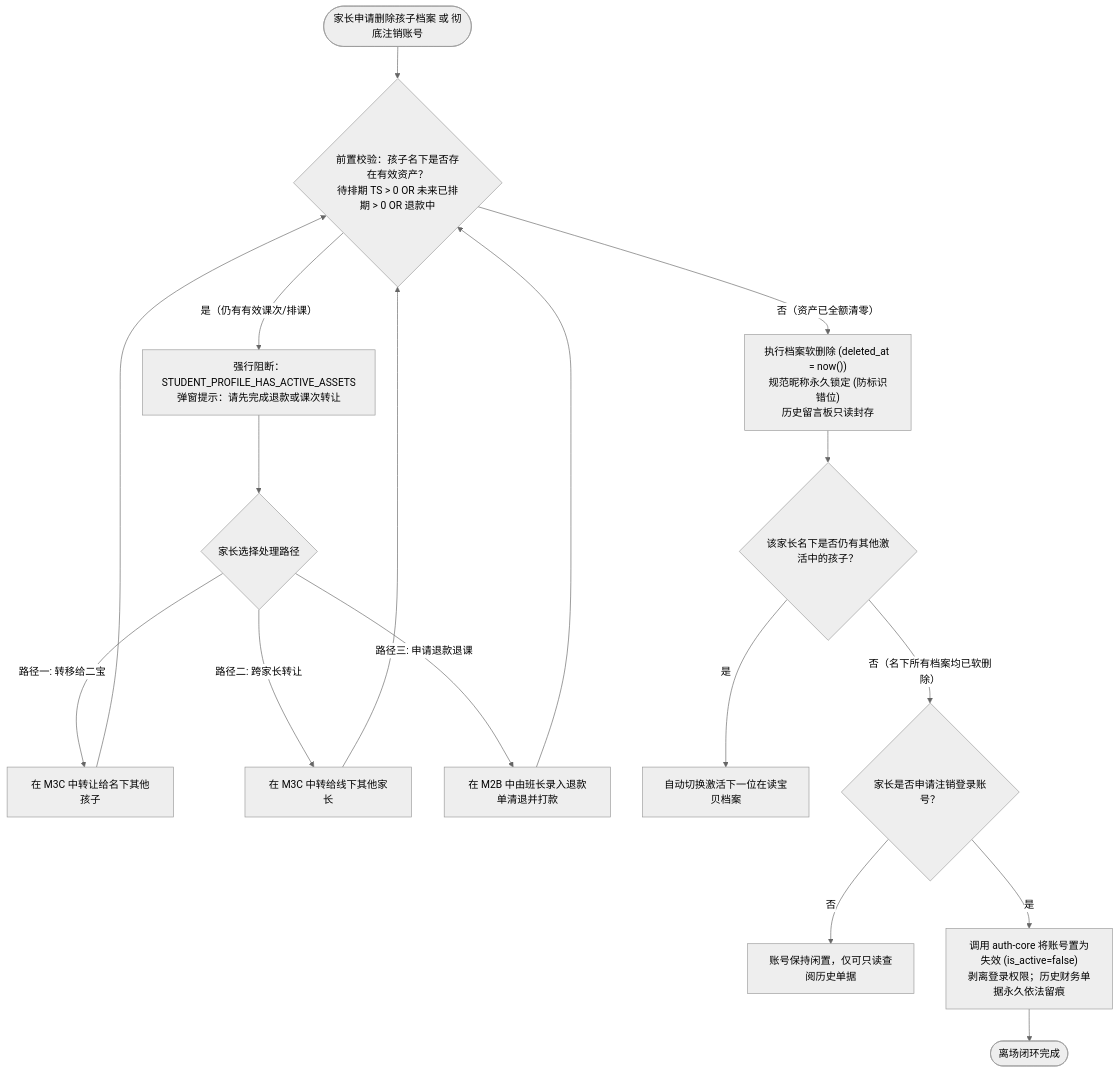
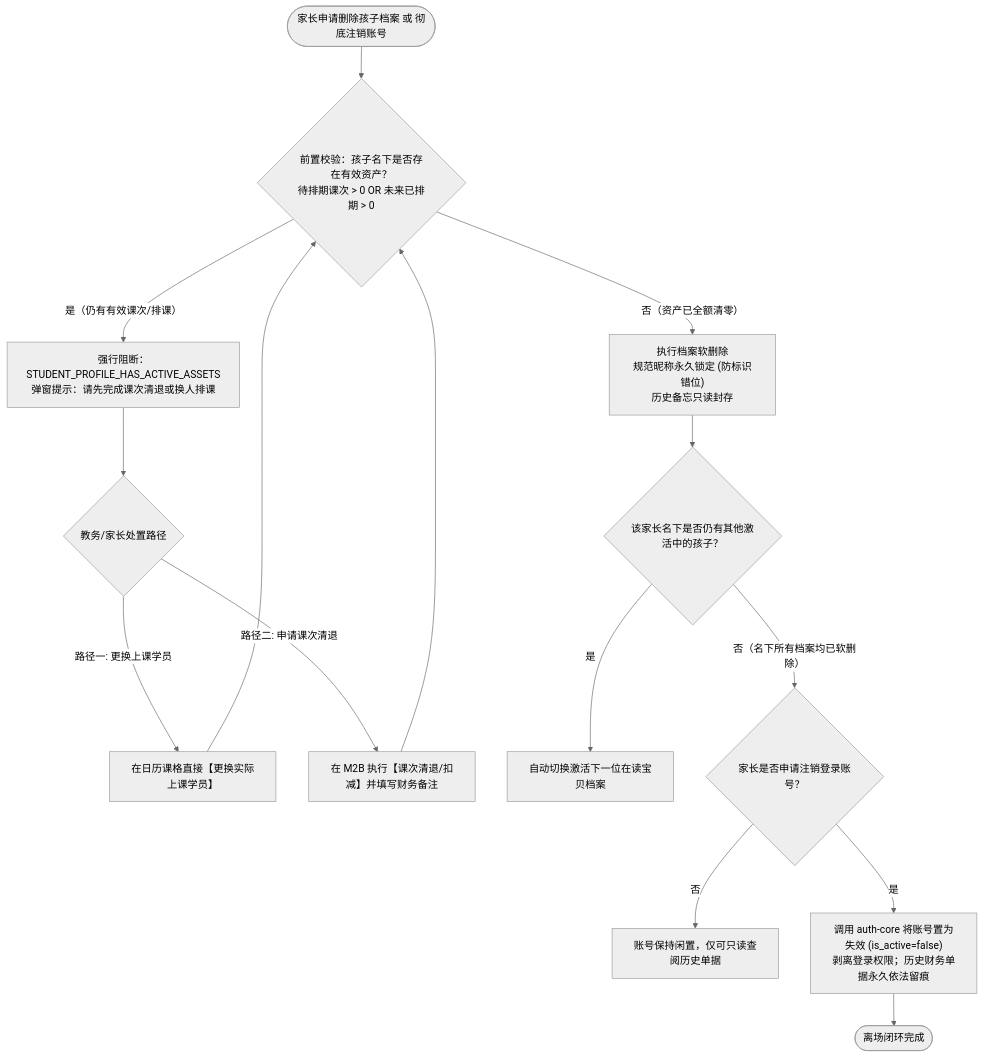
The fourth of 6 diagrams in docs/prd/m1a_student_profile.md (Onezao/dream), drawn with Mermaid (neutral theme) before and after one commit. The commit also changed other lines of this file and 37 other files, not shown here.

````diff
--- a/docs/prd/m1a_student_profile.md
+++ b/docs/prd/m1a_student_profile.md
@@ -123,22 +123,21 @@
 ```mermaid
 flowchart TD
-    ExitStart(["家长申请删除孩子档案 或 彻底注销账号"]) --> CheckAssets{"前置校验：孩子名下是否存在有效资产？\n待排期 TS > 0 OR 未来已排期 > 0 OR 退款中"}
+    ExitStart(["家长申请删除孩子档案 或 彻底注销账号"]) --> CheckAssets{"前置校验：孩子名下是否存在有效资产？\n待排期课次 > 0 OR 未来已排期 > 0"}
     
-    CheckAssets -->|"是（仍有有效课次/排课）"| BlockDel["强行阻断：STUDENT_PROFILE_HAS_ACTIVE_ASSETS\n弹窗提示：请先完成退款或课次转让"]
-    BlockDel --> ActionPath{"家长选择处理路径"}
-    ActionPath -->|"路径一: 转移给二宝"| TransferSibling["在 M3C 中转让给名下其他孩子"]
-    ActionPath -->|"路径二: 跨家长转让"| TransferOther["在 M3C 中转给线下其他家长"]
-    ActionPath -->|"路径三: 申请退款退课"| RefundAll["在 M2B 中由班长录入退款单清退并打款"]
+    CheckAssets -->|"是（仍有有效课次/排课）"| BlockDel["强行阻断：STUDENT_PROFILE_HAS_ACTIVE_ASSETS\n弹窗提示：请先完成课次清退或换人排课"]
+    BlockDel --> ActionPath{"教务/家长处置路径"}
+    ActionPath -->|"路径一: 更换上课学员"| TransferSibling["在日历课格直接【更换实际上课学员】"]
+    ActionPath -->|"路径二: 申请课次清退"| RefundAll["在 M2B 执行【课次清退/扣减】并填写财务备注"]
     
-    TransferSibling & TransferOther & RefundAll --> CheckAssets
+    TransferSibling & RefundAll --> CheckAssets
     
-    CheckAssets -->|"否（资产已全额清零）"| SoftDelProfile["执行档案软删除 (deleted_at = now())\n规范昵称永久锁定 (防标识错位)\n历史留言板只读封存"]
+    CheckAssets -->|"否（资产已全额清零）"| SoftDelProfile["执行档案软删除\n规范昵称永久锁定 (防标识错位)\n历史备忘只读封存"]
     
     SoftDelProfile --> CheckAllChildren{"该家长名下是否仍有其他激活中的孩子？"}
     CheckAllChildren -->|"是"| SwitchNext["自动切换激活下一位在读宝贝档案"]
     CheckAllChildren -->|"否（名下所有档案均已软删除）"| AllowAccountClose{"家长是否申请注销登录账号？"}
     
     AllowAccountClose -->|"否"| IdleState["账号保持闲置，仅可只读查阅历史单据"]
     AllowAccountClose -->|"是"| DisableAccount["调用 auth-core 将账号置为失效 (is_active=false)\n剥离登录权限；历史财务单据永久依法留痕"]
     DisableAccount --> DoneExit(["离场闭环完成"])
 ```
````
